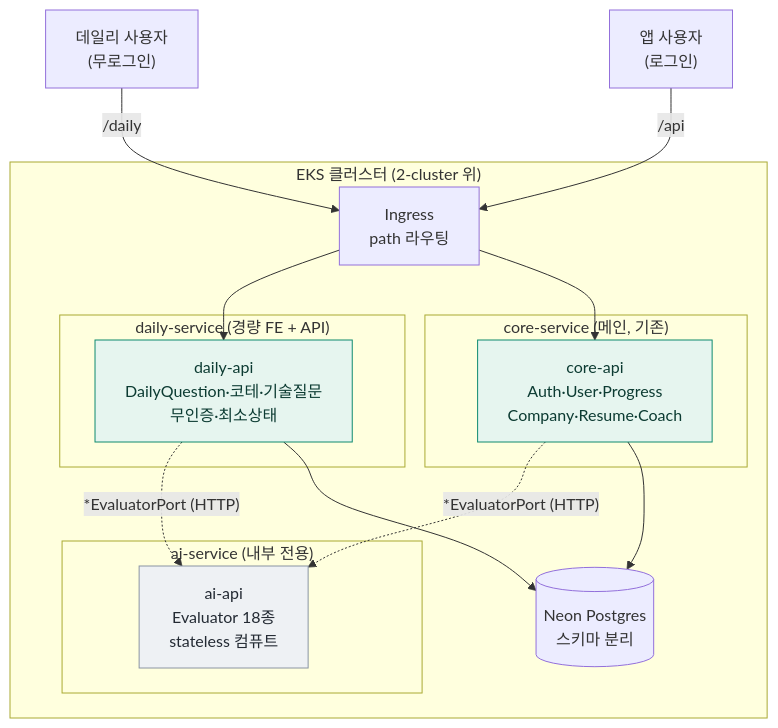
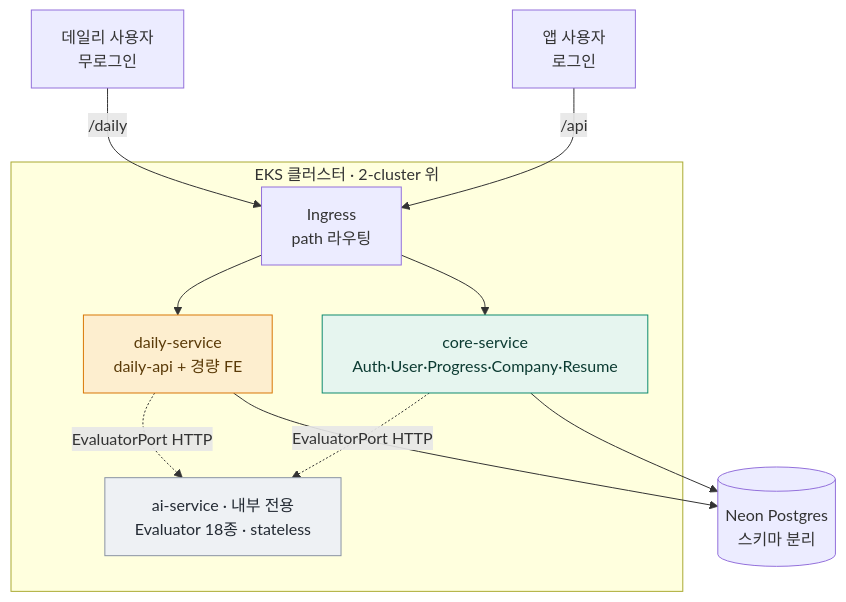
One commit to bangddong/switch-job-quest changed the diagram in docs/superpowers/specs/2026-07-20-service-decomposition-design.md. Above: the diagram before and after it, drawn with Mermaid.

Commit message:
fix(docs): 목표 아키텍처 mermaid 견고화 — 중첩 서브그래프 평탄화·괄호 라벨 제거·id/classDef 충돌 방지

````diff
--- a/docs/superpowers/specs/2026-07-20-service-decomposition-design.md
+++ b/docs/superpowers/specs/2026-07-20-service-decomposition-design.md
@@ -57,33 +57,30 @@
 ```mermaid
 flowchart TB
-  userD["데일리 사용자<br/>(무로그인)"]
-  userC["앱 사용자<br/>(로그인)"]
+  userD["데일리 사용자<br/>무로그인"]
+  userC["앱 사용자<br/>로그인"]
 
-  subgraph eks["EKS 클러스터 (2-cluster 위)"]
+  subgraph eks["EKS 클러스터 · 2-cluster 위"]
     ing["Ingress<br/>path 라우팅"]
-
-    subgraph daily["daily-service (경량 FE + API)"]
-      dapi["daily-api<br/>DailyQuestion·코테·기술질문<br/>무인증·최소상태"]
-    end
-    subgraph core["core-service (메인, 기존)"]
-      capi["core-api<br/>Auth·User·Progress<br/>Company·Resume·Coach"]
-    end
-    subgraph ai["ai-service (내부 전용)"]
-      aapi["ai-api<br/>Evaluator 18종<br/>stateless 컴퓨트"]
-    end
-
-    db[("Neon Postgres<br/>스키마 분리")]
+    dapi["daily-service<br/>daily-api + 경량 FE"]
+    capi["core-service<br/>Auth·User·Progress·Company·Resume"]
+    aapi["ai-service · 내부 전용<br/>Evaluator 18종 · stateless"]
   end
 
-  userD -->|/daily| ing --> dapi
-  userC -->|/api| ing --> capi
-  dapi -.->|"*EvaluatorPort (HTTP)"| aapi
-  capi -.->|"*EvaluatorPort (HTTP)"| aapi
+  db[("Neon Postgres<br/>스키마 분리")]
+
+  userD -->|/daily| ing
+  userC -->|/api| ing
+  ing --> dapi
+  ing --> capi
+  dapi -.->|EvaluatorPort HTTP| aapi
+  capi -.->|EvaluatorPort HTTP| aapi
   capi --> db
   dapi --> db
 
-  classDef svc fill:#e6f5ef,stroke:#0e8a6f,color:#0c3b32;
-  classDef internal fill:#eef1f4,stroke:#8a94a3,color:#232a33;
-  class dapi,capi svc;
-  class aapi internal;
+  classDef svcCore fill:#e6f5ef,stroke:#0e8a6f,color:#0c3b32;
+  classDef svcAi fill:#eef1f4,stroke:#8a94a3,color:#232a33;
+  classDef svcDaily fill:#fdeecf,stroke:#d97706,color:#5a3a08;
+  class capi svcCore;
+  class aapi svcAi;
+  class dapi svcDaily;
 ```
````
